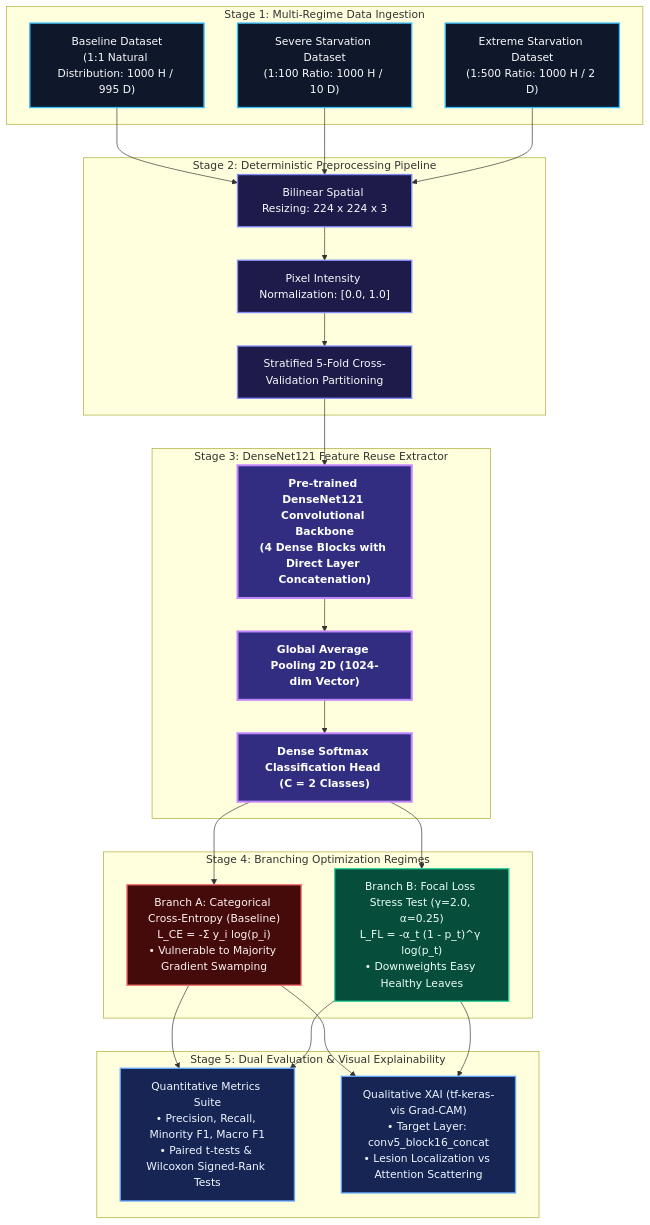
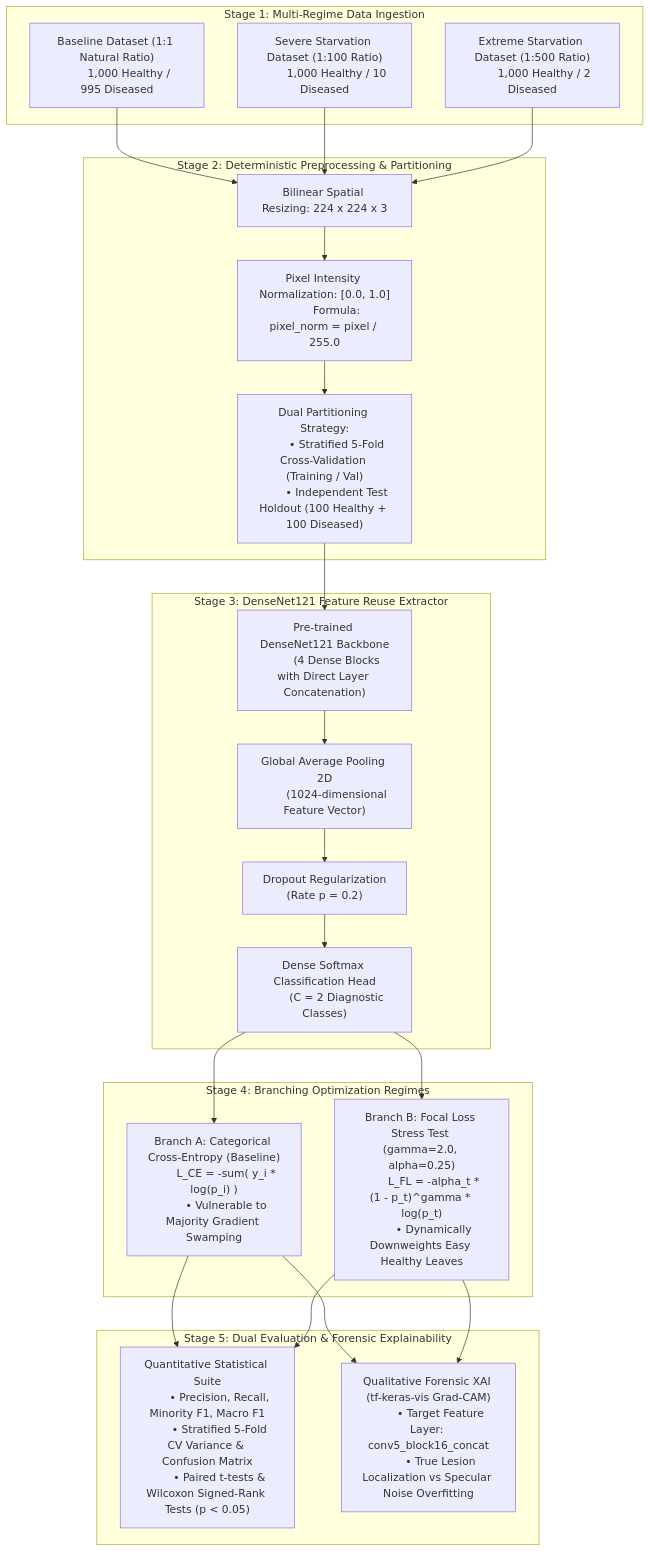
The diagram in README.md (E-Dasun-Manjitha/Tea-Leaf-Focal-Loss-Research), drawn with Mermaid before and after one commit. The commit also changed 2 other files, not shown here.

Commit message:
docs: synchronize verified system architecture diagram with README

````diff
--- a/README.md
+++ b/README.md
@@ -59,48 +59,66 @@
 ```mermaid
 flowchart TD
-    classDef inputStyle fill:#0f172a,stroke:#38bdf8,stroke-width:2px,color:#f8fafc;
-    classDef prepStyle fill:#1e1b4b,stroke:#818cf8,stroke-width:2px,color:#f8fafc;
-    classDef modelStyle fill:#312e81,stroke:#c084fc,stroke-width:3px,color:#ffffff,font-weight:bold;
-    classDef branch1Style fill:#450a0a,stroke:#f87171,stroke-width:2px,color:#fef2f2;
-    classDef branch2Style fill:#064e3b,stroke:#34d399,stroke-width:2px,color:#ecfdf5;
-    classDef outStyle fill:#172554,stroke:#60a5fa,stroke-width:2px,color:#eff6ff;
-
-    subgraph Stage1 ["Stage 1: Multi-Regime Data Ingestion"]
-        D1["Baseline Dataset<br/>(1:1 Natural Distribution: 1000 H / 995 D)"]:::inputStyle
-        D2["Severe Starvation Dataset<br/>(1:100 Ratio: 1000 H / 10 D)"]:::inputStyle
-        D3["Extreme Starvation Dataset<br/>(1:500 Ratio: 1000 H / 2 D)"]:::inputStyle
+    subgraph S1 ["Stage 1: Multi-Regime Data Ingestion"]
+        D1["Baseline Dataset (1:1 Natural Ratio)
+        1,000 Healthy / 995 Diseased"]
+        D2["Severe Starvation Dataset (1:100 Ratio)
+        1,000 Healthy / 10 Diseased"]
+        D3["Extreme Starvation Dataset (1:500 Ratio)
+        1,000 Healthy / 2 Diseased"]
     end
 
-    subgraph Stage2 ["Stage 2: Deterministic Preprocessing Pipeline"]
-        P1["Bilinear Spatial Resizing: 224 x 224 x 3"]:::prepStyle
-        P2["Pixel Intensity Normalization: [0.0, 1.0]"]:::prepStyle
-        P3["Stratified 5-Fold Cross-Validation Partitioning"]:::prepStyle
-        D1 --> P1
-        D2 --> P1
-        D3 --> P1
-        P1 --> P2 --> P3
+    subgraph S2 ["Stage 2: Deterministic Preprocessing & Partitioning"]
+        P1["Bilinear Spatial Resizing: 224 x 224 x 3"]
+        P2["Pixel Intensity Normalization: [0.0, 1.0]
+        Formula: pixel_norm = pixel / 255.0"]
+        P3["Dual Partitioning Strategy:
+        • Stratified 5-Fold Cross-Validation (Training / Val)
+        • Independent Test Holdout (100 Healthy + 100 Diseased)"]
     end
 
-    subgraph Stage3 ["Stage 3: DenseNet121 Feature Reuse Extractor"]
-        M1["Pre-trained DenseNet121 Convolutional Backbone<br/>(4 Dense Blocks with Direct Layer Concatenation)"]:::modelStyle
-        M2["Global Average Pooling 2D (1024-dim Vector)"]:::modelStyle
-        M3["Dense Softmax Classification Head (C = 2 Classes)"]:::modelStyle
-        P3 --> M1 --> M2 --> M3
+    subgraph S3 ["Stage 3: DenseNet121 Feature Reuse Extractor"]
+        M1["Pre-trained DenseNet121 Backbone
+        (4 Dense Blocks with Direct Layer Concatenation)"]
+        M2["Global Average Pooling 2D
+        (1024-dimensional Feature Vector)"]
+        M2B["Dropout Regularization
+        (Rate p = 0.2)"]
+        M3["Dense Softmax Classification Head
+        (C = 2 Diagnostic Classes)"]
     end
 
-    subgraph Stage4 ["Stage 4: Branching Optimization Regimes"]
-        B1["Branch A: Categorical Cross-Entropy (Baseline)<br/>L_CE = -&Sigma; y_i log(p_i)<br/>&bull; Vulnerable to Majority Gradient Swamping"]:::branch1Style
-        B2["Branch B: Focal Loss Stress Test (&gamma;=2.0, &alpha;=0.25)<br/>L_FL = -&alpha;_t (1 - p_t)^&gamma; log(p_t)<br/>&bull; Downweights Easy Healthy Leaves"]:::branch2Style
-        M3 --> B1
-        M3 --> B2
+    subgraph S4 ["Stage 4: Branching Optimization Regimes"]
+        B1["Branch A: Categorical Cross-Entropy (Baseline)
+        L_CE = -sum( y_i * log(p_i) )
+        • Vulnerable to Majority Gradient Swamping"]
+        B2["Branch B: Focal Loss Stress Test (gamma=2.0, alpha=0.25)
+        L_FL = -alpha_t * (1 - p_t)^gamma * log(p_t)
+        • Dynamically Downweights Easy Healthy Leaves"]
     end
 
-    subgraph Stage5 ["Stage 5: Dual Evaluation & Visual Explainability"]
-        O1["Quantitative Metrics Suite<br/>&bull; Precision, Recall, Minority F1, Macro F1<br/>&bull; Paired t-tests & Wilcoxon Signed-Rank Tests"]:::outStyle
-        O2["Qualitative XAI (tf-keras-vis Grad-CAM)<br/>&bull; Target Layer: conv5_block16_concat<br/>&bull; Lesion Localization vs Attention Scattering"]:::outStyle
-        B1 --> O1
-        B2 --> O1
-        B1 --> O2
-        B2 --> O2
+    subgraph S5 ["Stage 5: Dual Evaluation & Forensic Explainability"]
+        O1["Quantitative Statistical Suite
+        • Precision, Recall, Minority F1, Macro F1
+        • Stratified 5-Fold CV Variance & Confusion Matrix
+        • Paired t-tests & Wilcoxon Signed-Rank Tests (p < 0.05)"]
+        O2["Qualitative Forensic XAI (tf-keras-vis Grad-CAM)
+        • Target Feature Layer: conv5_block16_concat
+        • True Lesion Localization vs Specular Noise Overfitting"]
     end
+
+    D1 --> P1
+    D2 --> P1
+    D3 --> P1
+    P1 --> P2
+    P2 --> P3
+    P3 --> M1
+    M1 --> M2
+    M2 --> M2B
+    M2B --> M3
+    M3 --> B1
+    M3 --> B2
+    B1 --> O1
+    B2 --> O1
+    B1 --> O2
+    B2 --> O2
 ```
````
